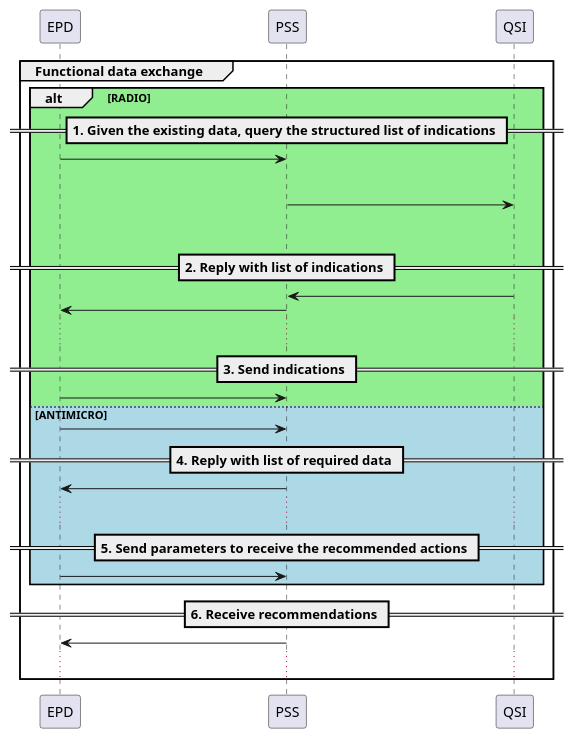
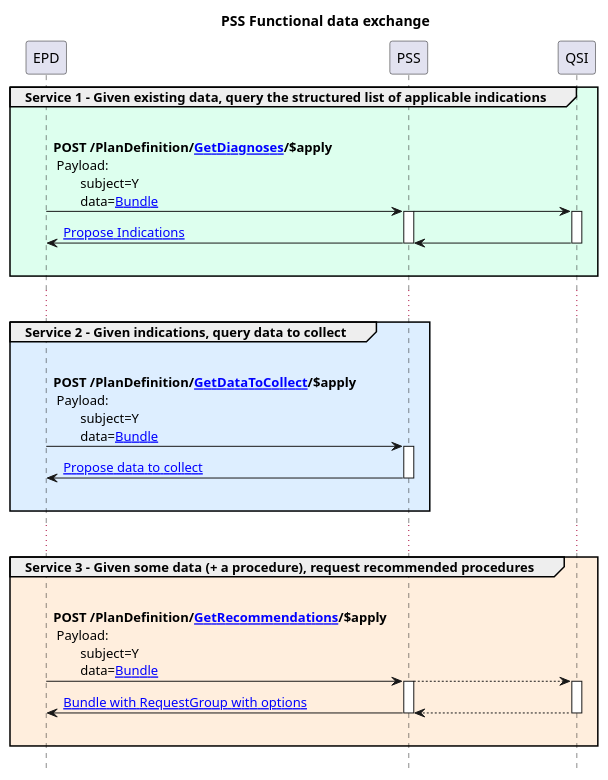
The diagram in input/images-source/pss-flow.plantuml (hl7-be/pss), drawn with PlantUML before and after one commit. The commit also changed 11 other files, not shown here.

```diff
--- a/input/images-source/pss-flow.plantuml
+++ b/input/images-source/pss-flow.plantuml
@@ -1,36 +1,46 @@
 @startuml
-group Functional data exchange
-    alt #LightGreen RADIO
-        == 1. Given the existing data, query the structured list of indications ==
-        EPD -> PSS : 
-        EPD -[hidden]-> PSS : "                                                         "
-        PSS -> QSI 
-        PSS -[hidden]-> QSI : "                                                         "
-'        EPD -> PSS : **GET /PlanDefinition/radiology/$requiredData**?age={}&gender={}&indication={}
+!pragma teoz true
+Title PSS Functional data exchange
+hide footbox
+
+group #DFE Service 1 - Given existing data, query the structured list of applicable indications
+        EPD -> PSS : \n**POST /PlanDefinition/[[PlanDefinition-GetDiagnoses.html GetDiagnoses]]/$apply**\n Payload:\n        subject=Y\n        data=[[Bundle-getdiagnoses-data.html Bundle]]
+        & PSS -> QSI 
+        & PSS -[hidden]-> QSI : "                                      "
         'PSS -> QSI : GET /indictions
-        == 2. Reply with list of indications ==
+
+        activate PSS
+        activate QSI
         QSI -> PSS 
-        PSS -> EPD 
-'        QSI -> PSS : Reply with indications
-'        PSS -> EPD : Reply with **CarePlan** + **Questionnaire** (Listing of **Coding** in "item[0].answerOption[].valueCoding")
+        & PSS -> EPD: [[Bundle-getdiagnoses-return.html Propose Indications]]
+        deactivate PSS
+        deactivate QSI
+        |||
+end
 ...
-        == 3. Send indications ==
-        EPD -> PSS 
-'        EPD -> PSS : **POST /PlanDefinition/radiology/$apply** (+ **QuestionnaireResponse** in payload)
-    else #LightBlue ANTIMICRO
-        EPD -> PSS
-'        EPD -> PSS : **GET /PlanDefinition/antimicrobien/$requiredData**?indication={indication} => **Operation**
-        == 4. Reply with list of required data ==
-        PSS -> EPD
+group #def Service 2 - Given indications, query data to collect
+
+        EPD -> PSS : \n**POST /PlanDefinition/[[PlanDefinition-GetDataToCollect.html GetDataToCollect]]/$apply**\n Payload:\n        subject=Y\n        data=[[Bundle-getdatatocollect-data.html Bundle]]
+
+        Activate PSS
+
+        PSS -> EPD: [[Bundle-getdatatocollect-return.html Propose data to collect]]
+        deactivate PSS
+        |||
+end
 ...
-'        PSS -> EPD :  Reply with **CarePlan** + **Questionnaire**
-        == 5. Send parameters to receive the recommended actions ==
-        EPD -> PSS
-'        EPD -> PSS : **POST /PlanDefinition/antimicrobien/$apply** (+ **QuestionnaireResponse** in payload) => **Operation**
-    end
-    == 6. Receive recommendations ==
-    PSS -> EPD
-'    PSS -> EPD : Reply with **GuidanceResponse**
-...
+group #fed Service 3 - Given some data (+ a procedure), request recommended procedures
+        EPD -> PSS : \n**POST /PlanDefinition/[[PlanDefinition-GetRecommendations.html GetRecommendations]]/$apply**\n Payload:\n        subject=Y\n        data=[[Bundle-getrecommendations-data.html Bundle]]
+        & PSS --> QSI 
+        & PSS -[hidden]-> QSI : "                                      "
+
+        activate PSS
+        activate QSI
+        QSI --> PSS 
+        & PSS -> EPD: [[Bundle-getrecommendations-data.html Bundle with RequestGroup with options]]
+        deactivate PSS
+        deactivate QSI
+        |||
+
 end
 @enduml
```
